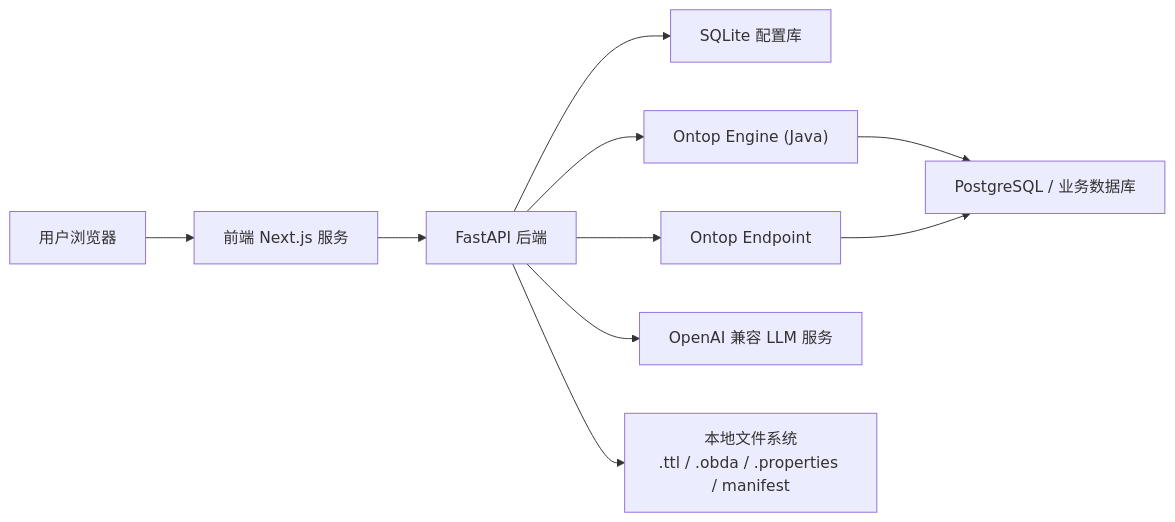
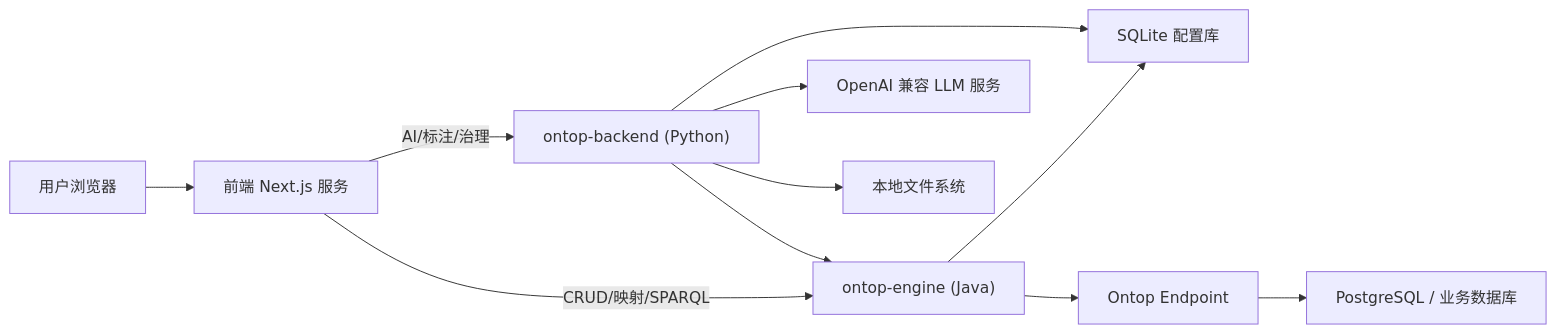
One commit to wank125/ontop-aether changed the first of 3 diagrams in docs/架构设计.md. Above: the diagram before and after it, drawn with Mermaid. The commit also changed other lines of this file and 1 other file, not shown here.

First line of the commit message:
docs: update architecture and functional design docs for dual-backend

````diff
--- a/docs/架构设计.md
+++ b/docs/架构设计.md
@@ -48,12 +50,13 @@
 ```mermaid
 flowchart LR
     U["用户浏览器"] --> F["前端 Next.js 服务"]
-    F --> B["FastAPI 后端"]
-    B --> S["SQLite 配置库"]
-    B --> E["Ontop Engine (Java)"]
-    E --> P["PostgreSQL / 业务数据库"]
-    B --> EP["Ontop Endpoint"]
-    EP --> P
+    F -->|CRUD/映射/SPARQL| J["ontop-engine (Java)"]
+    F -->|AI/标注/治理| B["ontop-backend (Python)"]
+    J --> S["SQLite 配置库"]
+    J --> EP["Ontop Endpoint"]
+    EP --> P["PostgreSQL / 业务数据库"]
+    B --> S
+    B --> J
     B --> L["OpenAI 兼容 LLM 服务"]
-    B --> FS["本地文件系统<br/>.ttl / .obda / .properties / manifest"]
+    B --> FS["本地文件系统"]
 ```
````
